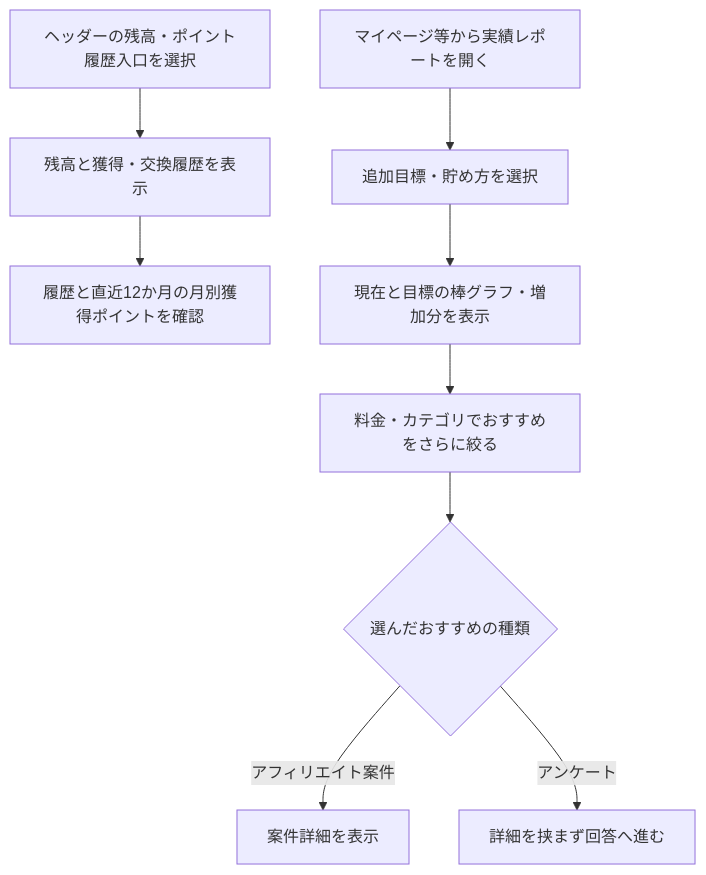
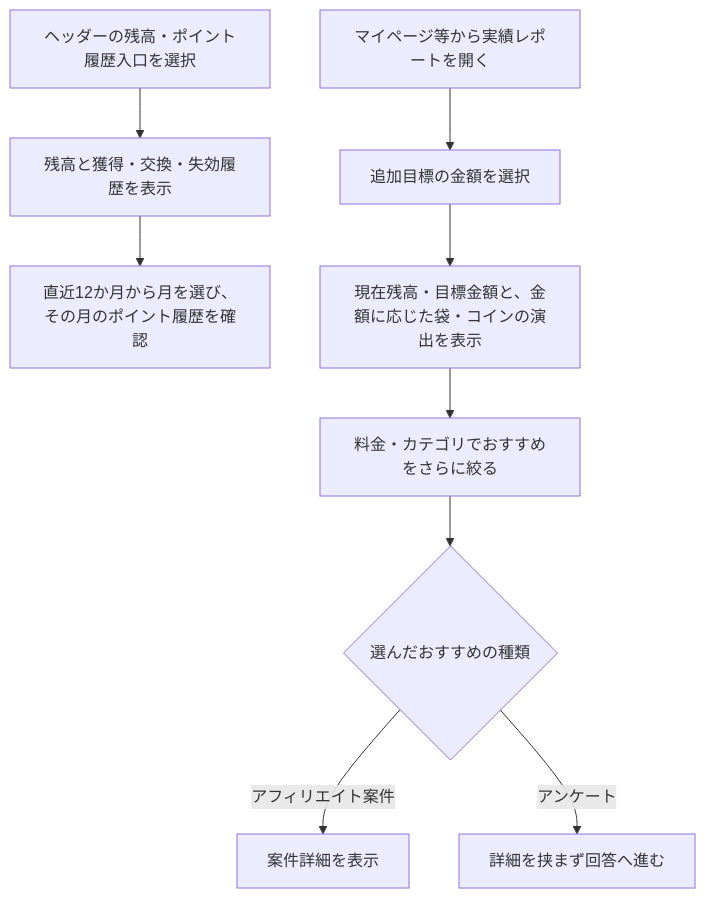
One commit to Min-Thu-Khant/pochipo-mock-en changed the first of 2 diagrams in docs/prd/features/F12-points.md. Above: the diagram before and after it, drawn with Mermaid. The commit also changed other lines of this file and 16 other files, not shown here.

````diff
--- a/docs/prd/features/F12-points.md
+++ b/docs/prd/features/F12-points.md
@@ -67,11 +72,11 @@
 ```mermaid
 flowchart TD
-  A["ヘッダーの残高・ポイント履歴入口を選択"] --> B["残高と獲得・交換履歴を表示"]
-  B --> C["履歴と直近12か月の月別獲得ポイントを確認"]
-  D["マイページ等から実績レポートを開く"] --> E["追加目標・貯め方を選択"]
-  E --> F["現在と目標の棒グラフ・増加分を表示"]
+  A["ヘッダーの残高・ポイント履歴入口を選択"] --> B["残高と獲得・交換・失効履歴を表示"]
+  B --> C["直近12か月から月を選び、その月のポイント履歴を確認"]
+  D["マイページ等から実績レポートを開く"] --> E["追加目標の金額を選択"]
+  E --> F["現在残高・目標金額と、金額に応じた袋・コインの演出を表示"]
   F --> G["料金・カテゴリでおすすめをさらに絞る"]
   G --> H{"選んだおすすめの種類"}
   H -->|アフィリエイト案件| I["案件詳細を表示"]
   H -->|アンケート| J["詳細を挟まず回答へ進む"]
 ```
````
